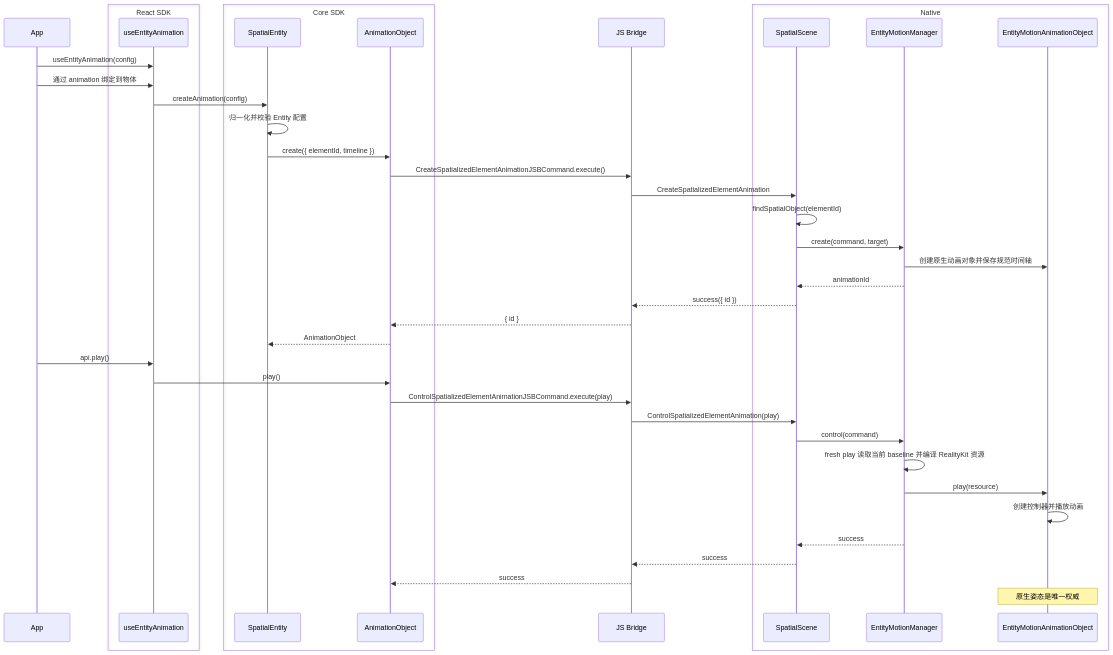
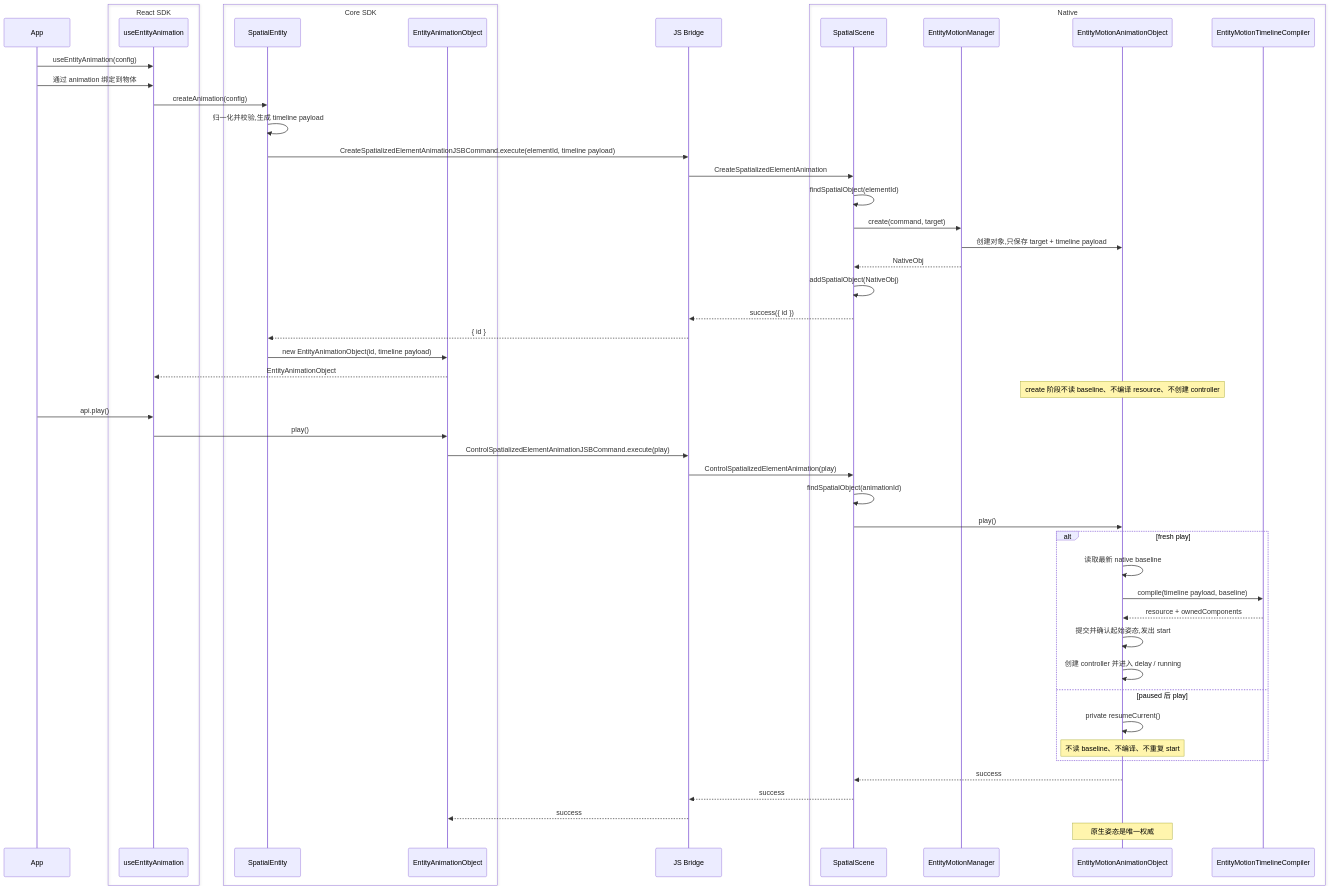
Before and after one commit to webspatial/webspatial-sdk: the third of 14 diagrams in openspec/changes/redesign-entity-motion-api/design.zh.md, drawn with Mermaid. The commit also changed other lines of this file and 1 other file, not shown here.

````diff
--- a/openspec/changes/redesign-entity-motion-api/design.zh.md
+++ b/openspec/changes/redesign-entity-motion-api/design.zh.md
@@ -269,44 +293,55 @@
 ```mermaid
 sequenceDiagram
     participant App
     box React SDK
         participant Hook as useEntityAnimation
     end
     box Core SDK
         participant Entity as SpatialEntity
-        participant Obj as AnimationObject
+        participant Obj as EntityAnimationObject
     end
     participant Bridge as JS Bridge
     box Native
         participant Scene as SpatialScene
         participant Manager as EntityMotionManager
         participant NativeObj as EntityMotionAnimationObject
+        participant Compiler as EntityMotionTimelineCompiler
     end
 
     App->>Hook: useEntityAnimation(config)
     App->>Hook: 通过 animation 绑定到物体
     Hook->>Entity: createAnimation(config)
-    Entity->>Entity: 归一化并校验 Entity 配置
-    Entity->>Obj: create({ elementId, timeline })
-    Obj->>Bridge: CreateSpatializedElementAnimationJSBCommand.execute()
+    Entity->>Entity: 归一化并校验,生成 timeline payload
+    Entity->>Bridge: CreateSpatializedElementAnimationJSBCommand.execute(elementId, timeline payload)
     Bridge->>Scene: CreateSpatializedElementAnimation
     Scene->>Scene: findSpatialObject(elementId)
     Scene->>Manager: create(command, target)
-    Manager->>NativeObj: 创建原生动画对象并保存规范时间轴
-    Manager-->>Scene: animationId
+    Manager->>NativeObj: 创建对象,只保存 target + timeline payload
+    Manager-->>Scene: NativeObj
+    Scene->>Scene: addSpatialObject(NativeObj)
     Scene-->>Bridge: success({ id })
-    Bridge-->>Obj: { id }
-    Obj-->>Entity: AnimationObject
+    Bridge-->>Entity: { id }
+    Entity->>Obj: new EntityAnimationObject(id, timeline payload)
+    Obj-->>Hook: EntityAnimationObject
+    Note over NativeObj: create 阶段不读 baseline、不编译 resource、不创建 controller
     App->>Hook: api.play()
     Hook->>Obj: play()
     Obj->>Bridge: ControlSpatializedElementAnimationJSBCommand.execute(play)
     Bridge->>Scene: ControlSpatializedElementAnimation(play)
-    Scene->>Manager: control(command)
-    Manager->>Manager: fresh play 读取当前 baseline 并编译 RealityKit 资源
-    Manager->>NativeObj: play(resource)
-    NativeObj->>NativeObj: 创建控制器并播放动画
-    Manager-->>Scene: success
+    Scene->>Scene: findSpatialObject(animationId)
+    Scene->>NativeObj: play()
+    alt fresh play
+        NativeObj->>NativeObj: 读取最新 native baseline
+        NativeObj->>Compiler: compile(timeline payload, baseline)
+        Compiler-->>NativeObj: resource + ownedComponents
+        NativeObj->>NativeObj: 提交并确认起始姿态,发出 start
+        NativeObj->>NativeObj: 创建 controller 并进入 delay / running
+    else paused 后 play
+        NativeObj->>NativeObj: private resumeCurrent()
+        Note over NativeObj: 不读 baseline、不编译、不重复 start
+    end
+    NativeObj-->>Scene: success
     Scene-->>Bridge: success
     Bridge-->>Obj: success
     Note over NativeObj: 原生姿态是唯一权威
 ```
````
